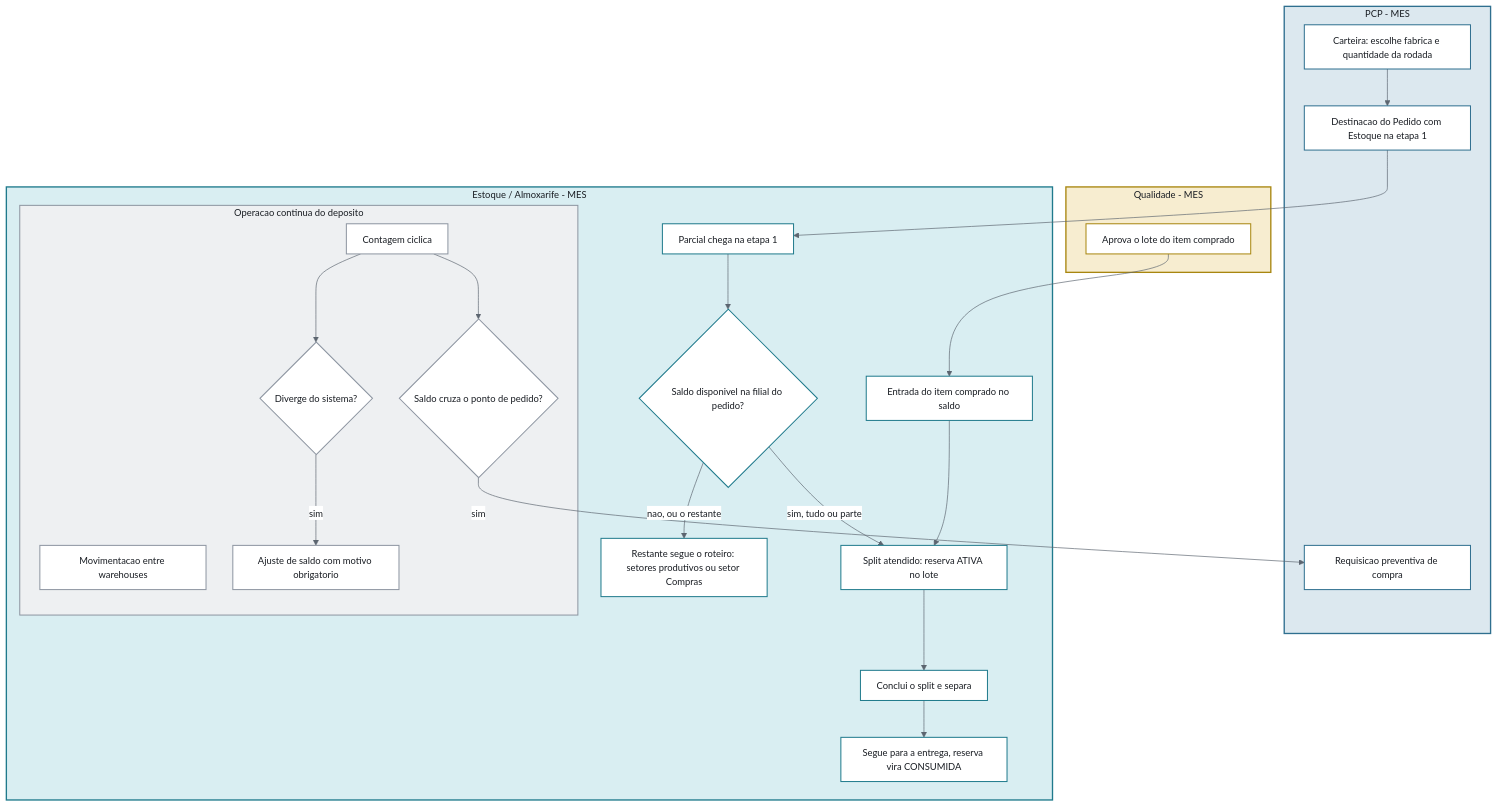
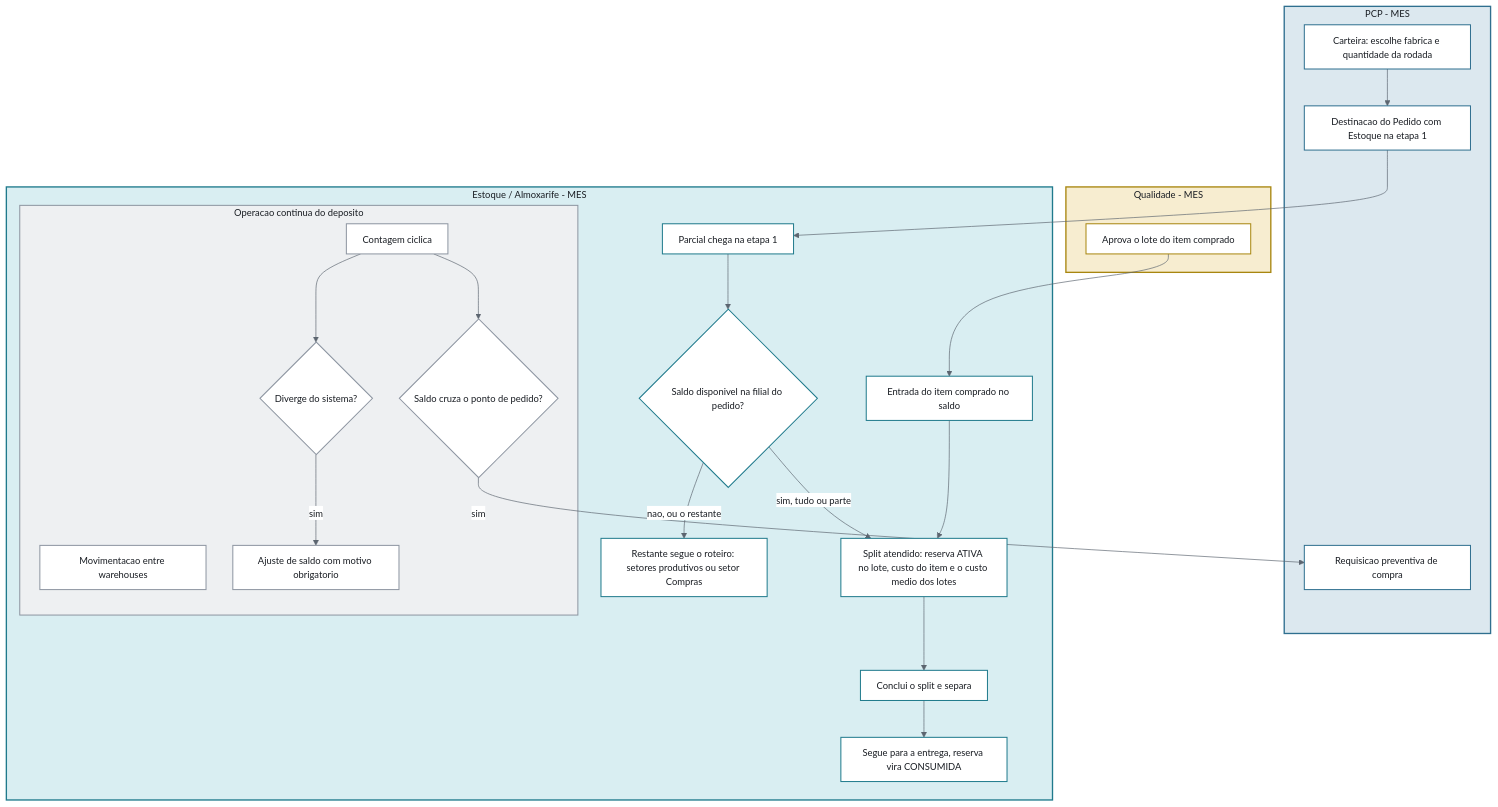
Before and after one commit to Acosvital/vault-avhub-mer: the sixth of 6 diagrams in 01-Fluxo-Operacional/Fluxogramas-Completos.md, drawn with Mermaid. The commit also changed other lines of this file and 7 other files, not shown here.

First line of the commit message:
docs(vault): custo do lote nos fluxogramas, fluxos de Compras/Recebimento/Estoque, UML e Rota-Revenda

````diff
--- a/01-Fluxo-Operacional/Fluxogramas-Completos.md
+++ b/01-Fluxo-Operacional/Fluxogramas-Completos.md
@@ -503,62 +505,62 @@
 ```mermaid
 %%{init: {'theme': 'base', 'themeVariables': {'primaryColor': '#ffffff', 'primaryTextColor': '#181c22', 'primaryBorderColor': '#33475a', 'lineColor': '#5c6570', 'fontFamily': 'Source Sans 3, sans-serif', 'fontSize': '14px', 'edgeLabelBackground': '#ffffff', 'textColor': '#181c22'}, 'flowchart': {'nodeSpacing': 40, 'rankSpacing': 55, 'padding': 12}}}%%
 flowchart TD
     subgraph SEC_PCP[PCP - MES]
         A[Carteira: escolhe fabrica e quantidade da rodada]
         B[Destinacao do Pedido com Estoque na etapa 1]
         I[Requisicao preventiva de compra]
         A --> B
     end
 
     subgraph SEC_QUAL[Qualidade - MES]
         Q[Aprova o lote do item comprado]
     end
 
     subgraph SEC_ESTOQUE[Estoque / Almoxarife - MES]
         D[Parcial chega na etapa 1]
         C{Saldo disponivel na filial do pedido?}
-        E[Split atendido: reserva ATIVA no lote]
+        E[Split atendido: reserva ATIVA no lote, custo do item e o custo medio dos lotes]
         F[Conclui o split e separa]
         G[Restante segue o roteiro: setores produtivos ou setor Compras]
         P[Entrada do item comprado no saldo]
         X[Segue para a entrega, reserva vira CONSUMIDA]
         D --> C
         C -->|sim, tudo ou parte| E --> F --> X
         C -->|nao, ou o restante| G
         P --> E
 
         subgraph OPERACAO[Operacao continua do deposito]
             J[Movimentacao entre warehouses]
             K[Contagem ciclica]
             K --> L{Diverge do sistema?}
             L -->|sim| M[Ajuste de saldo com motivo obrigatorio]
             K --> N{Saldo cruza o ponto de pedido?}
         end
     end
 
     B --> D
     Q --> P
     N -->|sim| I
 
     style SEC_PCP fill:#dce8ef,stroke:#2f6f8f,stroke-width:2px,color:#181c22
     style SEC_QUAL fill:#f7edd0,stroke:#a8860f,stroke-width:2px,color:#181c22
     style SEC_ESTOQUE fill:#d9eef2,stroke:#1f7a8c,stroke-width:2px,color:#181c22
     style OPERACAO fill:#eef0f2,stroke:#8d95a1,stroke-width:1.5px,color:#181c22
 
     style A fill:#ffffff,stroke:#2f6f8f,stroke-width:1.5px,color:#181c22
     style B fill:#ffffff,stroke:#2f6f8f,stroke-width:1.5px,color:#181c22
     style I fill:#ffffff,stroke:#2f6f8f,stroke-width:1.5px,color:#181c22
     style Q fill:#ffffff,stroke:#a8860f,stroke-width:1.5px,color:#181c22
     style D fill:#ffffff,stroke:#1f7a8c,stroke-width:1.5px,color:#181c22
     style C fill:#ffffff,stroke:#1f7a8c,stroke-width:1.5px,color:#181c22
     style E fill:#ffffff,stroke:#1f7a8c,stroke-width:1.5px,color:#181c22
     style F fill:#ffffff,stroke:#1f7a8c,stroke-width:1.5px,color:#181c22
     style G fill:#ffffff,stroke:#1f7a8c,stroke-width:1.5px,color:#181c22
     style P fill:#ffffff,stroke:#1f7a8c,stroke-width:1.5px,color:#181c22
     style X fill:#ffffff,stroke:#1f7a8c,stroke-width:1.5px,color:#181c22
     style J fill:#ffffff,stroke:#8d95a1,stroke-width:1.5px,color:#181c22
     style K fill:#ffffff,stroke:#8d95a1,stroke-width:1.5px,color:#181c22
     style L fill:#ffffff,stroke:#8d95a1,stroke-width:1.5px,color:#181c22
     style M fill:#ffffff,stroke:#8d95a1,stroke-width:1.5px,color:#181c22
     style N fill:#ffffff,stroke:#8d95a1,stroke-width:1.5px,color:#181c22
 ```
````
